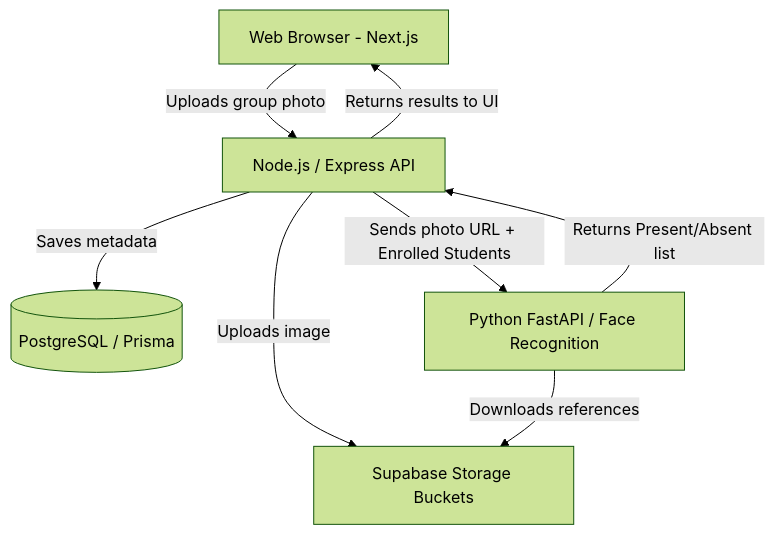
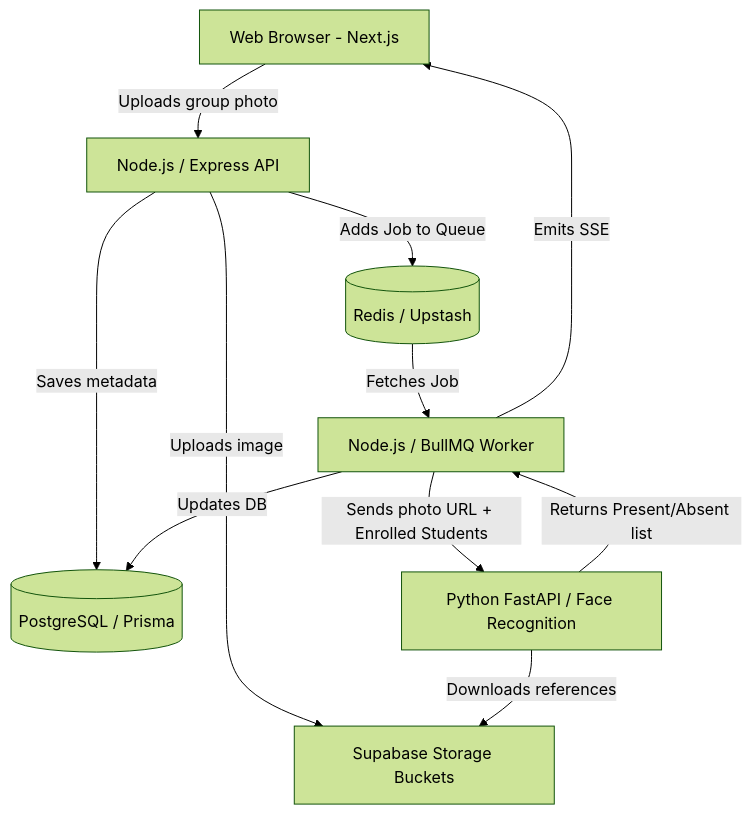
The diagram in README.md (Naman13112004/picture-based-attendance), drawn with Mermaid (forest theme) before and after one commit. The commit also changed other lines of this file and 5 other files, not shown here.

Commit message:
docs: updated doc according to architectural changes

````diff
--- a/README.md
+++ b/README.md
@@ -50,16 +51,21 @@
 ```mermaid
 graph TD
     Client[Web Browser - Next.js]
     Backend[Node.js / Express API]
     DB[(PostgreSQL / Prisma)]
+    Redis[(Redis / Upstash)]
+    Worker[Node.js / BullMQ Worker]
     AI[Python FastAPI / Face Recognition]
     Storage[Supabase Storage Buckets]
 
     Client -- Uploads group photo --> Backend
     Backend -- Saves metadata --> DB
     Backend -- Uploads image --> Storage
-    Backend -- Sends photo URL + Enrolled Students --> AI
+    Backend -- Adds Job to Queue --> Redis
+    Redis -- Fetches Job --> Worker
+    Worker -- Sends photo URL + Enrolled Students --> AI
     AI -- Downloads references --> Storage
-    AI -- Returns Present/Absent list --> Backend
-    Backend -- Returns results to UI --> Client
+    AI -- Returns Present/Absent list --> Worker
+    Worker -- Updates DB --> DB
+    Worker -- Emits SSE --> Client
 ```
````
